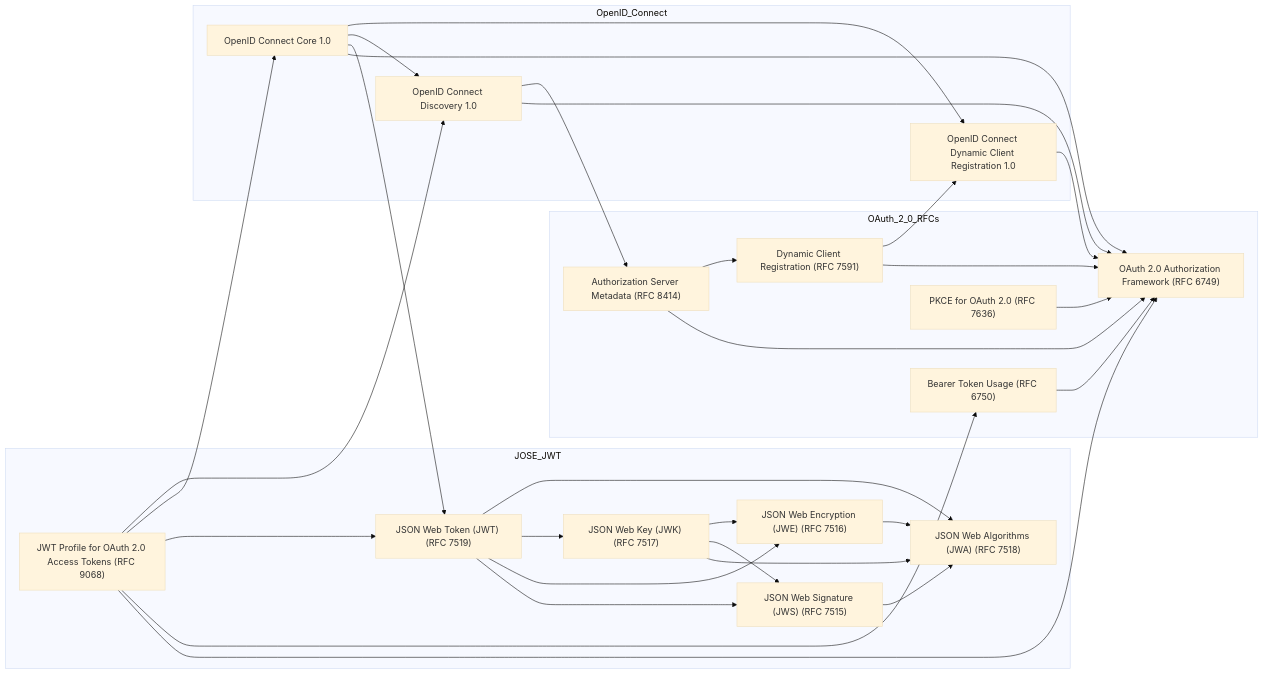
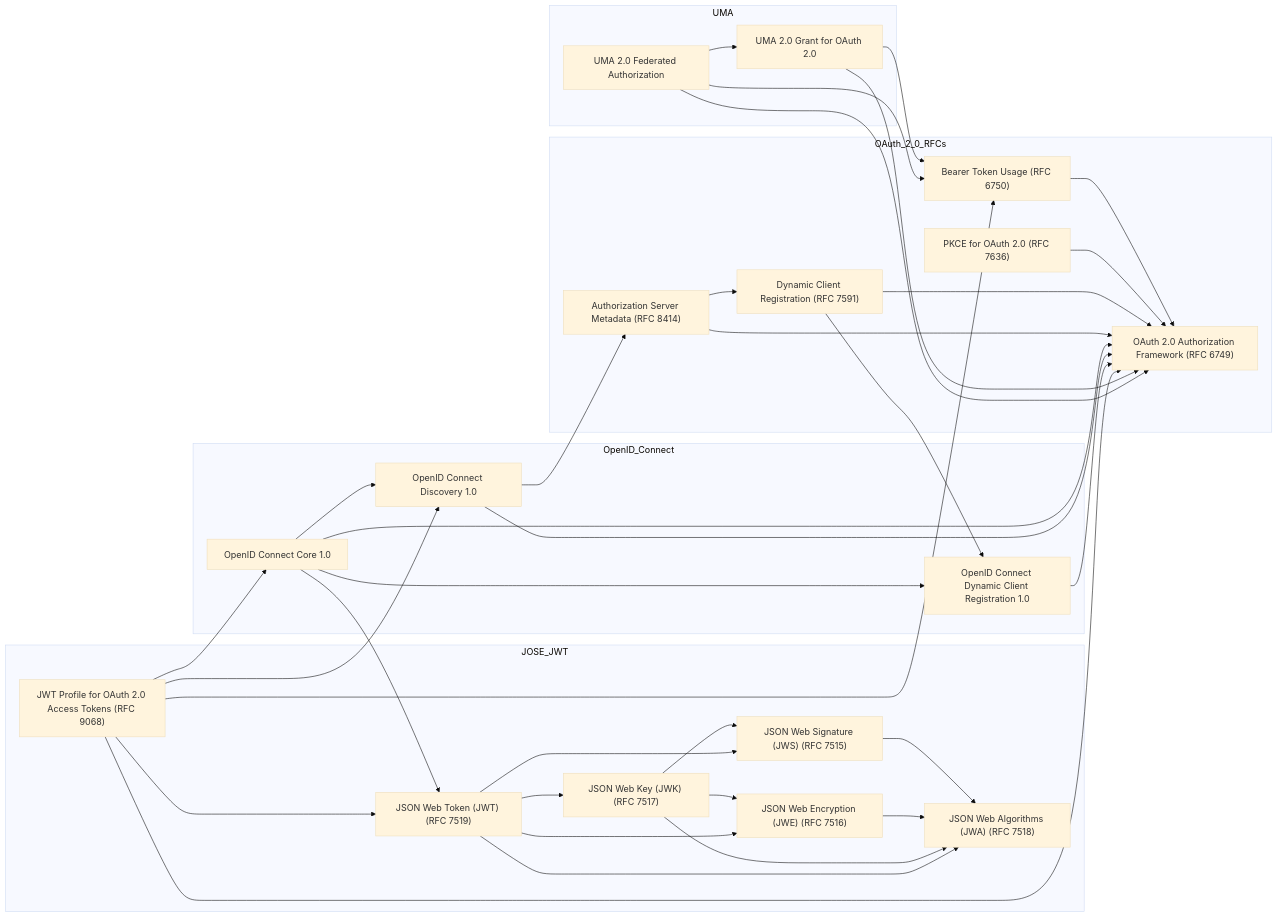
Before and after one commit to ryanspletzer/oidc-oauth-spec-graph: the diagram in Graph.md, drawn with Mermaid (base theme). The commit also changed 1 other file, not shown here.

Commit message:
Adds UMA 2.0 specifications to OAuth/OIDC graph
Includes User-Managed Access (UMA) 2.0 Grant and Federated Authorization specifications to provide comprehensive coverage of party-to-party authorization standards.

Updates documentation to reflect UMA's role in enabling user-controlled resource sharing and its dependencies on OAuth 2.0 and Bearer token specifications.

````diff
--- a/Graph.md
+++ b/Graph.md
@@ -26,6 +26,12 @@
     OIDC_Core["OpenID Connect Core 1.0"]
     OIDC_Discovery["OpenID Connect Discovery 1.0"]
     OIDC_Reg["OpenID Connect Dynamic Client Registration 1.0"]
+  end
+
+  %% --- UMA (User-Managed Access) ---
+  subgraph UMA
+    UMA_Grant["UMA 2.0 Grant for OAuth 2.0"]
+    UMA_FedAuthz["UMA 2.0 Federated Authorization"]
   end
 
   %% ---- Edges: OAuth 2.0 internal references ----
@@ -70,6 +76,13 @@
   RFC9068 --> OIDC_Core
   RFC9068 --> OIDC_Discovery
 
+  %% ---- Edges: UMA depending on OAuth / JWT ----
+  UMA_Grant --> RFC6749
+  UMA_Grant --> RFC6750
+  UMA_FedAuthz --> RFC6749
+  UMA_FedAuthz --> RFC6750
+  UMA_FedAuthz --> UMA_Grant
+
   %% ---- Clickable links for each node ----
   click RFC6749 "https://datatracker.ietf.org/doc/html/rfc6749" "OAuth 2.0 Authorization Framework (RFC 6749)"
   click RFC6750 "https://datatracker.ietf.org/doc/html/rfc6750" "Bearer Token Usage (RFC 6750)"
@@ -87,4 +100,7 @@
   click OIDC_Core "https://openid.net/specs/openid-connect-core-1_0.html" "OpenID Connect Core 1.0"
   click OIDC_Discovery "https://openid.net/specs/openid-connect-discovery-1_0.html" "OpenID Connect Discovery 1.0"
   click OIDC_Reg "https://openid.net/specs/openid-connect-registration-1_0.html" "OpenID Connect Dynamic Client Registration 1.0"
+
+  click UMA_Grant "https://docs.kantarainitiative.org/uma/wg/rec-oauth-uma-grant-2.0.html" "UMA 2.0 Grant for OAuth 2.0"
+  click UMA_FedAuthz "https://docs.kantarainitiative.org/uma/wg/rec-oauth-uma-federated-authz-2.0.html" "UMA 2.0 Federated Authorization"
 ```
````
